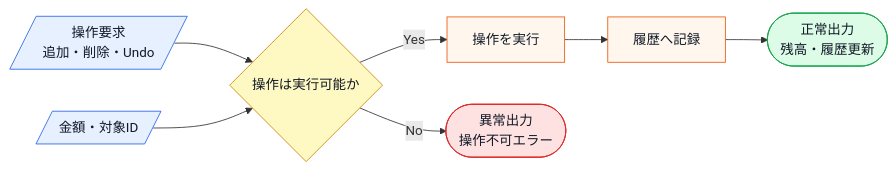
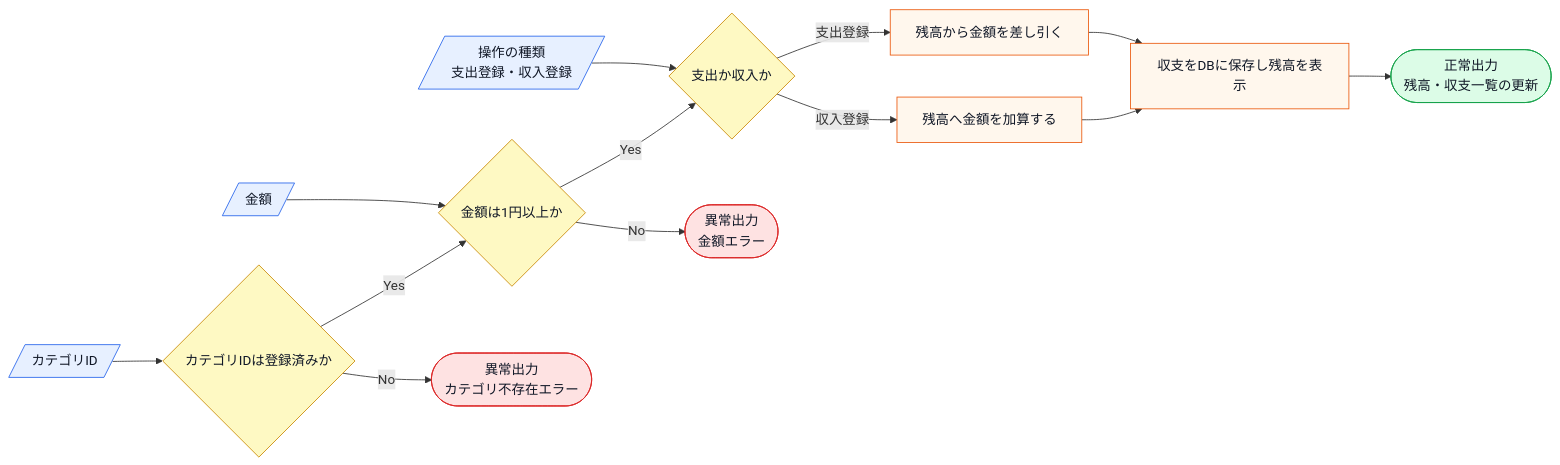
Before and after one commit to kumachan1101-pixel/DesignPattern: the first of 7 diagrams in kindle/design-patterns/output/chapter05.md, drawn with Mermaid. The commit also changed other lines of this file and 1 other file, not shown here.

First line of the commit message:
fix: 第5章1-1の仕様図を現状仕様の語彙へ描き直し

````diff
--- a/kindle/design-patterns/output/chapter05.md
+++ b/kindle/design-patterns/output/chapter05.md
@@ -39,15 +39,21 @@
 ```mermaid
 flowchart LR
-    A[/操作要求<br>追加・削除・Undo/]:::input --> B{操作は実行可能か}:::decision
-    C[/金額・対象ID/]:::input --> B
-    B -->|Yes| D[操作を実行]:::process
-    D --> E[履歴へ記録]:::process
-    E --> F([正常出力<br>残高・履歴更新]):::normal
-    B -->|No| G([異常出力<br>操作不可エラー]):::error
+    A[/操作の種類<br>支出登録・収入登録/]:::input --> F{支出か収入か}:::decision
+    C[/金額/]:::input --> D{金額は1円以上か}:::decision
+    E[/カテゴリID/]:::input --> B{カテゴリIDは登録済みか}:::decision
+    B -->|Yes| D
+    D -->|Yes| F
+    F -->|支出登録| G[残高から金額を差し引く]:::process
+    F -->|収入登録| H[残高へ金額を加算する]:::process
+    G --> K[収支をDBに保存し残高を表示]:::process
+    H --> K
+    K --> L([正常出力<br>残高・収支一覧の更新]):::normal
+    B -->|No| M([異常出力<br>カテゴリ不存在エラー]):::error
+    D -->|No| N([異常出力<br>金額エラー]):::error
 
     classDef input fill:#e7f0ff,stroke:#2563eb,color:#111827;
     classDef process fill:#fff7ed,stroke:#ea580c,color:#111827;
     classDef decision fill:#fef9c3,stroke:#ca8a04,color:#111827;
     classDef normal fill:#dcfce7,stroke:#16a34a,color:#111827;
     classDef error fill:#fee2e2,stroke:#dc2626,color:#111827;
 ```
````
